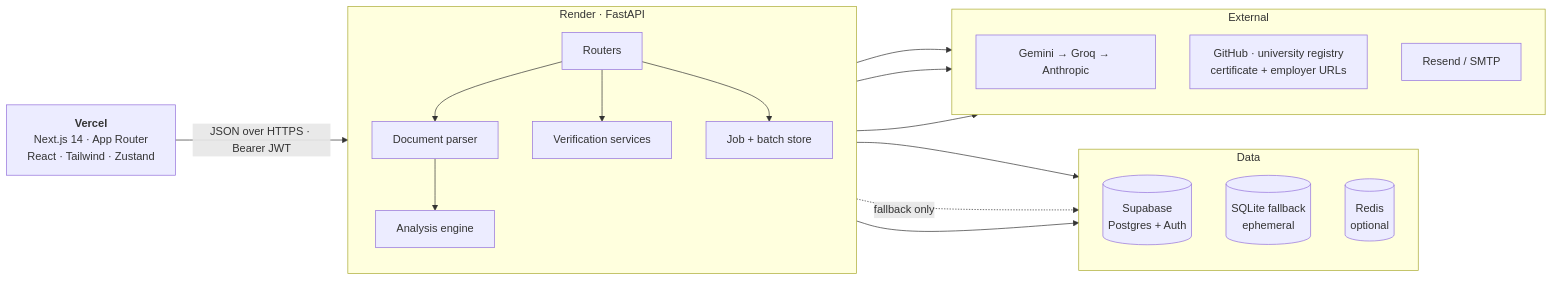
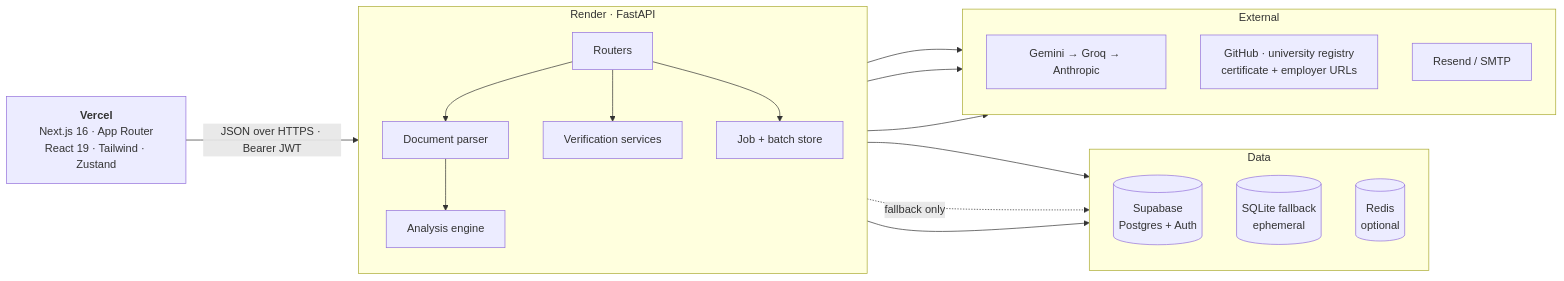
One commit to Shweta-Mishra-ai/hirelens changed the first of 5 diagrams in docs/ARCHITECTURE.md. Above: the diagram before and after it, drawn with Mermaid. The commit also changed 6 other files, not shown here.

First line of the commit message:
Upgrade to Next 16 and React 19 — npm audit now reports nothing

````diff
--- a/docs/ARCHITECTURE.md
+++ b/docs/ARCHITECTURE.md
@@ -10,38 +10,38 @@
 ```mermaid
 flowchart LR
-    UI["<b>Vercel</b><br/>Next.js 14 · App Router<br/>React · Tailwind · Zustand"]
+    UI["<b>Vercel</b><br/>Next.js 16 · App Router<br/>React 19 · Tailwind · Zustand"]
 
     subgraph API["Render · FastAPI"]
         direction TB
         R["Routers"]
         PAR["Document parser"]
         ENG["Analysis engine"]
         VER["Verification services"]
         Q["Job + batch store"]
         R --> PAR --> ENG
         R --> VER
         R --> Q
     end
 
     subgraph Data["Data"]
         direction TB
         SB[("Supabase<br/>Postgres + Auth")]
         SQL[("SQLite fallback<br/>ephemeral")]
         RD[("Redis<br/>optional")]
     end
 
     subgraph Ext["External"]
         direction TB
         LLM["Gemini → Groq → Anthropic"]
         PUB["GitHub · university registry<br/>certificate + employer URLs"]
         MAIL["Resend / SMTP"]
     end
 
     UI -->|"JSON over HTTPS · Bearer JWT"| R
     ENG --> LLM
     VER --> PUB
     R --> MAIL
     R --> SB
     R -.->|"fallback only"| SQL
     Q --> RD
 ```
````
